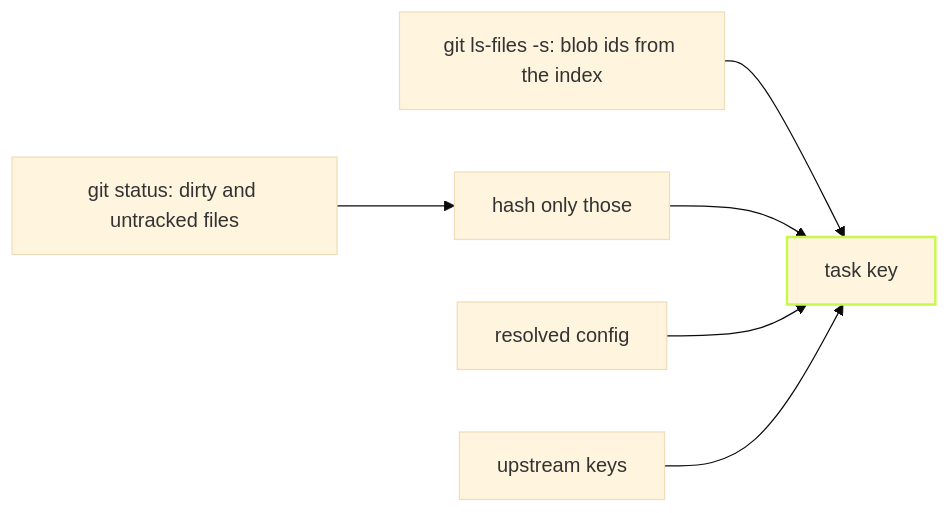
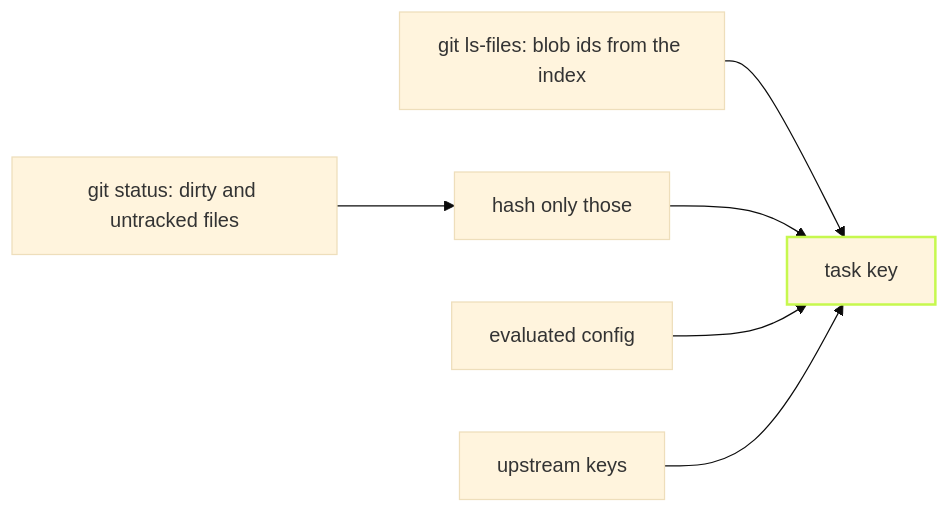
The diagram in private/vx-docs/src/content/docs/blog/keys-from-git.md (vznjs/vx), drawn with Mermaid (base theme) before and after one commit. The commit also changed other lines of this file and 2 other files, not shown here.

````diff
--- a/private/vx-docs/src/content/docs/blog/keys-from-git.md
+++ b/private/vx-docs/src/content/docs/blog/keys-from-git.md
@@ -17,8 +24,8 @@
 ```mermaid
 flowchart LR
-  I[git ls-files -s: blob ids from the index] --> K[task key]
+  I[git ls-files: blob ids from the index] --> K[task key]
   S[git status: dirty and untracked files] --> H[hash only those] --> K
-  C[resolved config] --> K
+  C[evaluated config] --> K
   U[upstream keys] --> K
   style K stroke:#c6f84e,stroke-width:2px
 ```
````
